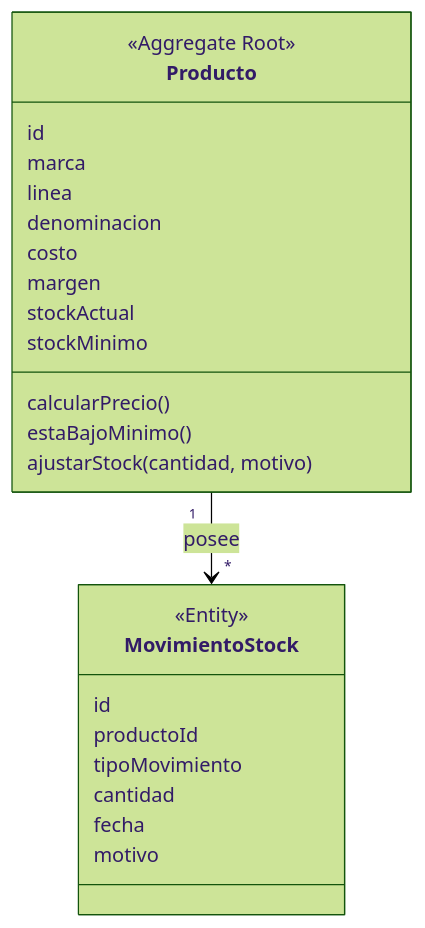
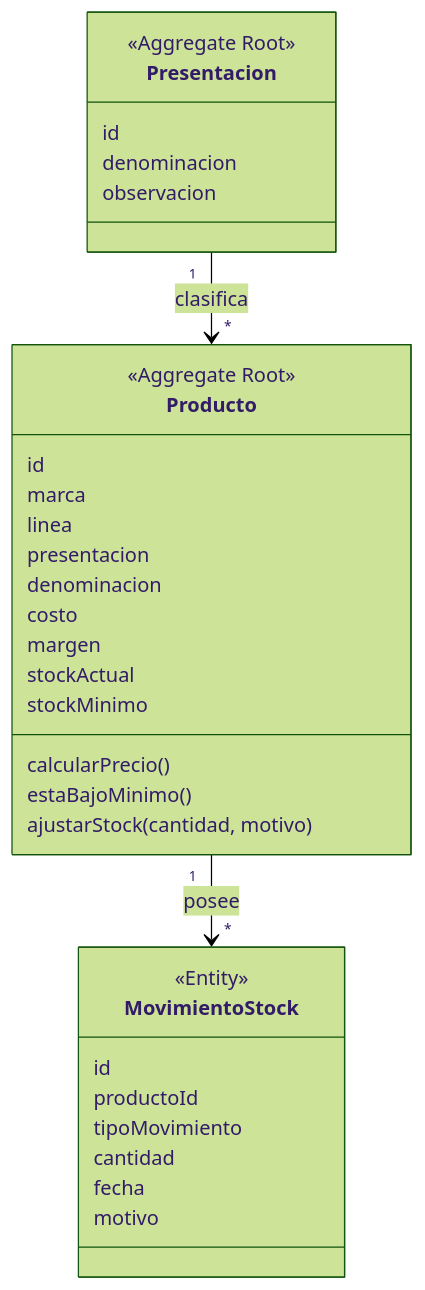
The diagram in docs/Analisis_de_Dominio.md (Prog-Avanzada-e-Ing-de-Software-2026/Proyecto1_Back), drawn with Mermaid (forest theme) before and after one commit. The commit also changed other lines of this file and 3 other files, not shown here.

First line of the commit message:
feat(producto): exigir presentacionId en validación intrínseca

````diff
--- a/docs/Analisis_de_Dominio.md
+++ b/docs/Analisis_de_Dominio.md
@@ -168,29 +187,38 @@
 ```mermaid
 classDiagram
+    class Presentacion {
+        <<Aggregate Root>>
+        id
+        denominacion
+        observacion
+    }
+
     class Producto {
         <<Aggregate Root>>
         id
         marca
         linea
+        presentacion
         denominacion
         costo
         margen
         stockActual
         stockMinimo
         calcularPrecio()
         estaBajoMinimo()
         ajustarStock(cantidad, motivo)
     }
 
     class MovimientoStock {
         <<Entity>>
         id
         productoId
         tipoMovimiento
         cantidad
         fecha
         motivo
     }
 
+    Presentacion "1" --> "*" Producto : clasifica
     Producto "1" --> "*" MovimientoStock : posee
 ```
````
